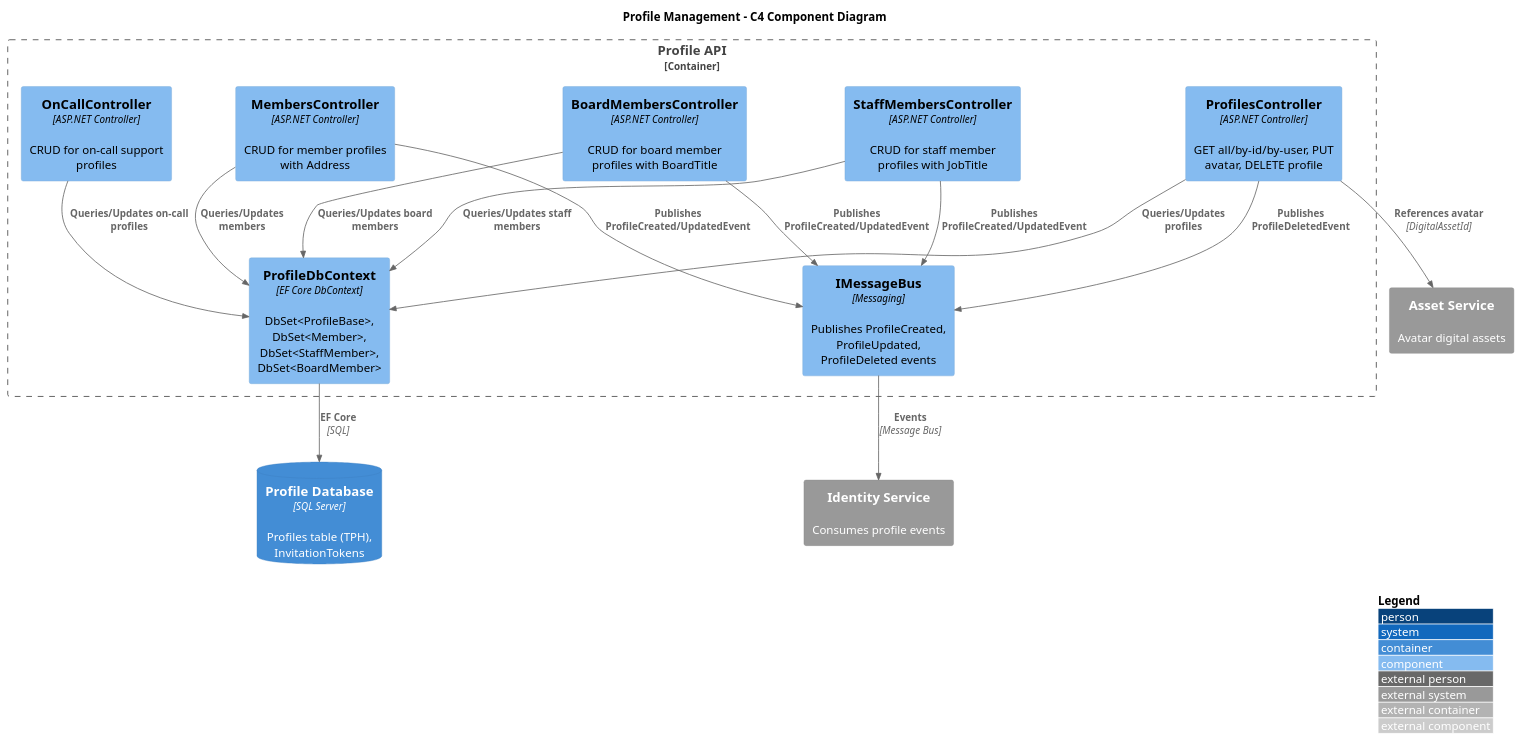
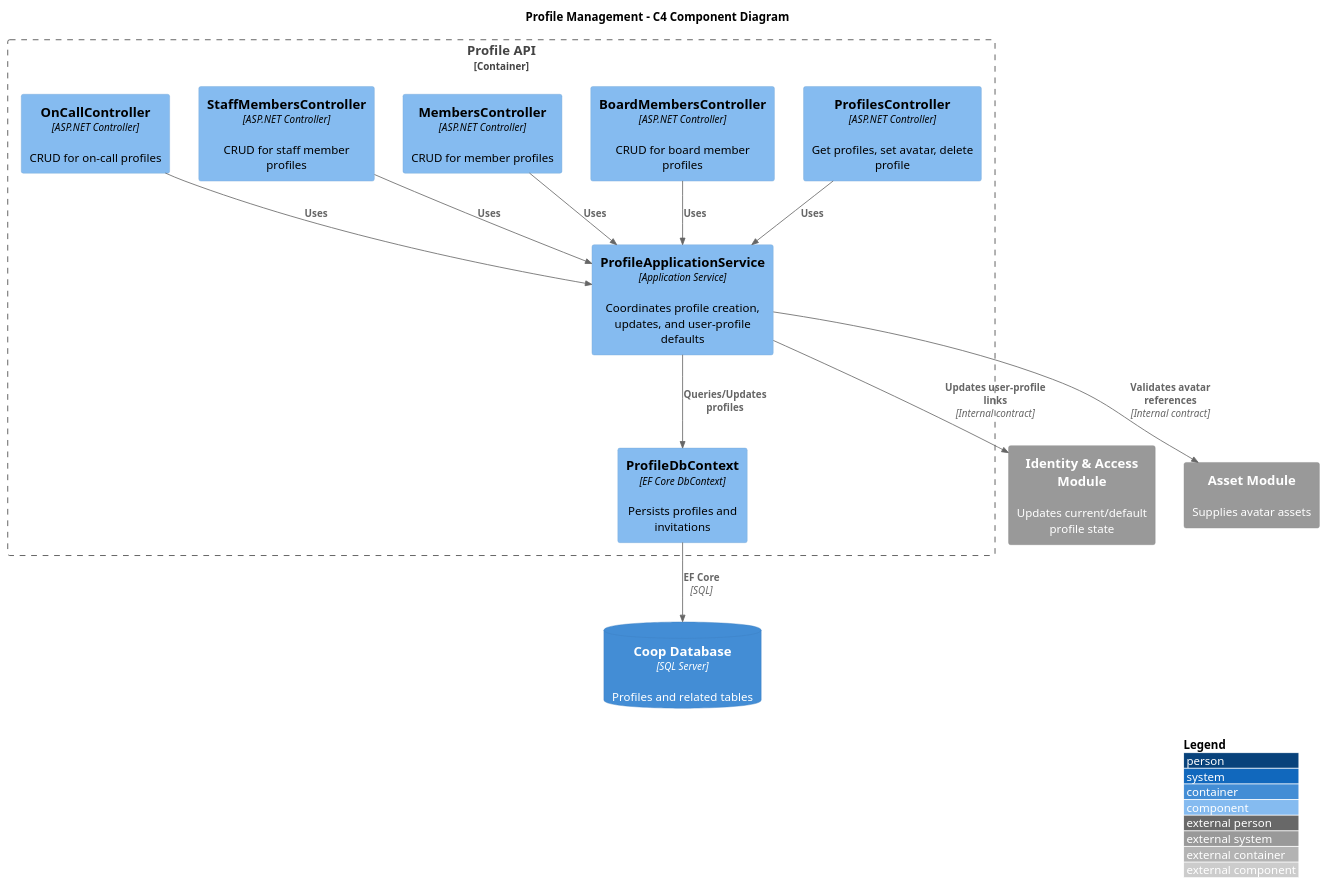
The diagram in docs/detailed-designs/04-profile-management/c4-component.puml (QuinntyneBrown/Coop), drawn with PlantUML before and after one commit. The commit also changed 7 other files, not shown here.

Commit message:
Update PlantUML diagrams for profile and document management

```diff
--- a/docs/detailed-designs/04-profile-management/c4-component.puml
+++ b/docs/detailed-designs/04-profile-management/c4-component.puml
@@ -1,39 +1,34 @@
 @startuml c4-component
 
 !include https://raw.githubusercontent.com/plantuml-stdlib/C4-PlantUML/master/C4_Component.puml
 
 LAYOUT_WITH_LEGEND()
 LAYOUT_TOP_DOWN()
 
 title Profile Management - C4 Component Diagram
 
 Container_Boundary(profileApi, "Profile API") {
-    Component(profilesCtrl, "ProfilesController", "ASP.NET Controller", "GET all/by-id/by-user, PUT avatar, DELETE profile")
-    Component(boardCtrl, "BoardMembersController", "ASP.NET Controller", "CRUD for board member profiles with BoardTitle")
-    Component(membersCtrl, "MembersController", "ASP.NET Controller", "CRUD for member profiles with Address")
-    Component(staffCtrl, "StaffMembersController", "ASP.NET Controller", "CRUD for staff member profiles with JobTitle")
-    Component(onCallCtrl, "OnCallController", "ASP.NET Controller", "CRUD for on-call support profiles")
-    Component(dbContext, "ProfileDbContext", "EF Core DbContext", "DbSet<ProfileBase>, DbSet<Member>, DbSet<StaffMember>, DbSet<BoardMember>")
-    Component(messageBus, "IMessageBus", "Messaging", "Publishes ProfileCreated, ProfileUpdated, ProfileDeleted events")
+    Component(profilesCtrl, "ProfilesController", "ASP.NET Controller", "Get profiles, set avatar, delete profile")
+    Component(boardCtrl, "BoardMembersController", "ASP.NET Controller", "CRUD for board member profiles")
+    Component(membersCtrl, "MembersController", "ASP.NET Controller", "CRUD for member profiles")
+    Component(staffCtrl, "StaffMembersController", "ASP.NET Controller", "CRUD for staff member profiles")
+    Component(onCallCtrl, "OnCallController", "ASP.NET Controller", "CRUD for on-call profiles")
+    Component(profileAppSvc, "ProfileApplicationService", "Application Service", "Coordinates profile creation, updates, and user-profile defaults")
+    Component(dbContext, "ProfileDbContext", "EF Core DbContext", "Persists profiles and invitations")
 }
 
-ContainerDb(db, "Profile Database", "SQL Server", "Profiles table (TPH), InvitationTokens")
-System_Ext(identitySvc, "Identity Service", "Consumes profile events")
-System_Ext(assetSvc, "Asset Service", "Avatar digital assets")
+ContainerDb(db, "Coop Database", "SQL Server", "Profiles and related tables")
+System_Ext(identityModule, "Identity & Access Module", "Updates current/default profile state")
+System_Ext(assetModule, "Asset Module", "Supplies avatar assets")
 
-Rel(profilesCtrl, dbContext, "Queries/Updates profiles")
-Rel(boardCtrl, dbContext, "Queries/Updates board members")
-Rel(membersCtrl, dbContext, "Queries/Updates members")
-Rel(staffCtrl, dbContext, "Queries/Updates staff members")
-Rel(onCallCtrl, dbContext, "Queries/Updates on-call profiles")
-
-Rel(profilesCtrl, messageBus, "Publishes ProfileDeletedEvent")
-Rel(boardCtrl, messageBus, "Publishes ProfileCreated/UpdatedEvent")
-Rel(membersCtrl, messageBus, "Publishes ProfileCreated/UpdatedEvent")
-Rel(staffCtrl, messageBus, "Publishes ProfileCreated/UpdatedEvent")
-
+Rel(profilesCtrl, profileAppSvc, "Uses")
+Rel(boardCtrl, profileAppSvc, "Uses")
+Rel(membersCtrl, profileAppSvc, "Uses")
+Rel(staffCtrl, profileAppSvc, "Uses")
+Rel(onCallCtrl, profileAppSvc, "Uses")
+Rel(profileAppSvc, dbContext, "Queries/Updates profiles")
 Rel(dbContext, db, "EF Core", "SQL")
-Rel(messageBus, identitySvc, "Events", "Message Bus")
-Rel(profilesCtrl, assetSvc, "References avatar", "DigitalAssetId")
+Rel(profileAppSvc, identityModule, "Updates user-profile links", "Internal contract")
+Rel(profileAppSvc, assetModule, "Validates avatar references", "Internal contract")
 
 @enduml
```
